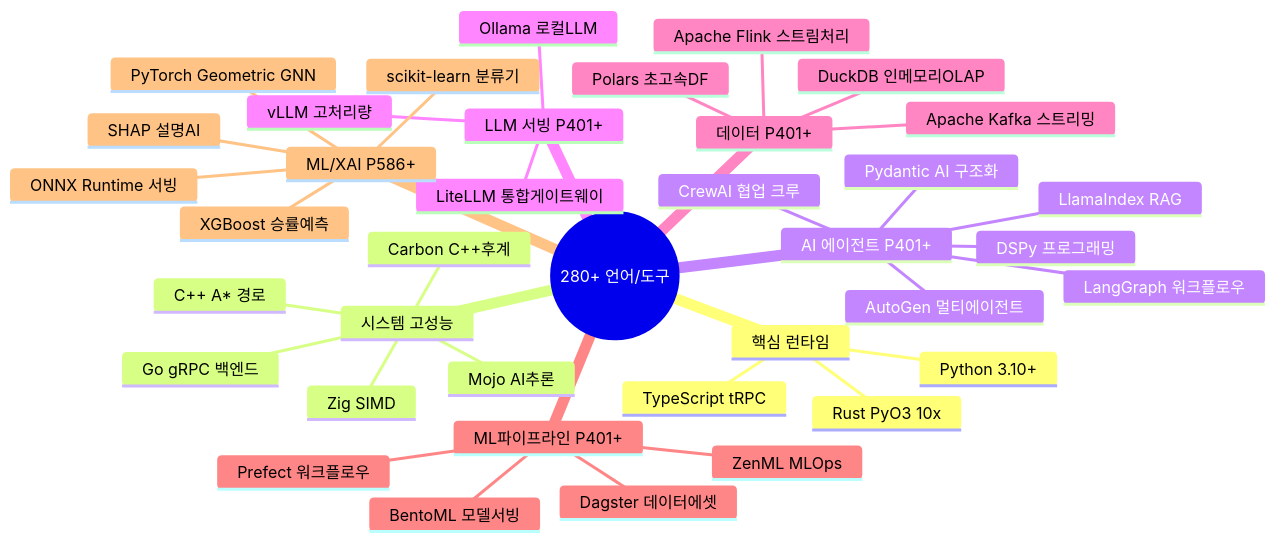
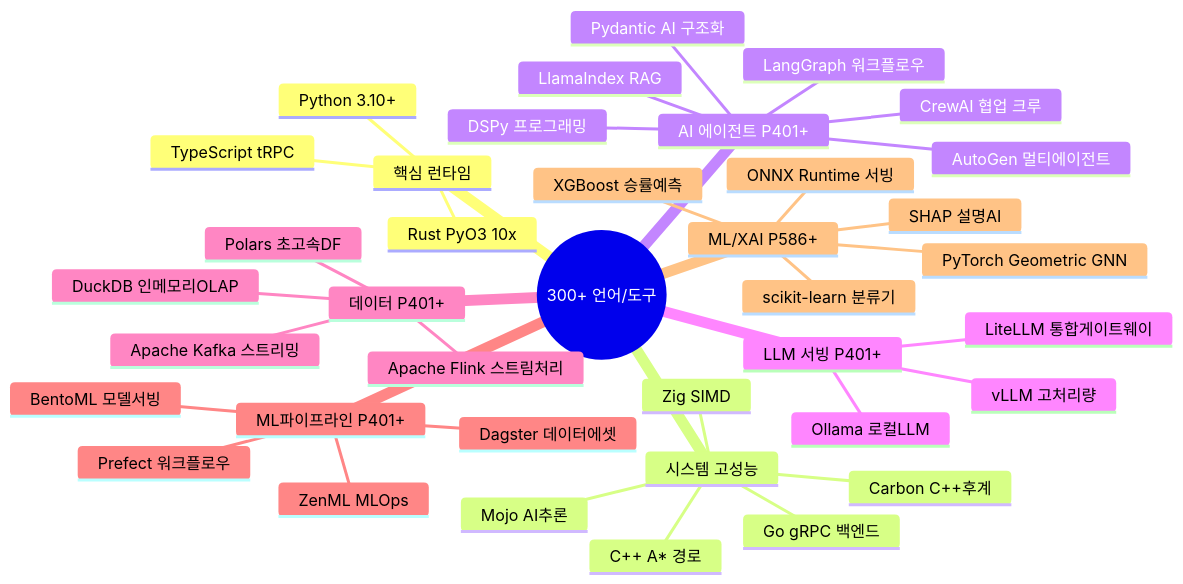
One commit to sun475300-sudo/Swarm-control-in-sc2bot changed the fifth of 27 diagrams in README.md. Above: the diagram before and after it, drawn with Mermaid. The commit also changed other lines of this file and 39 other files, not shown here.

````diff
--- a/README.md
+++ b/README.md
@@ -422,41 +428,41 @@
 ```mermaid
 mindmap
-    root((280+ 언어/도구))
+    root((300+ 언어/도구))
         핵심 런타임
             Python 3.10+
             Rust PyO3 10x
             TypeScript tRPC
         시스템 고성능
             C++ A* 경로
             Go gRPC 백엔드
             Zig SIMD
             Carbon C++후계
             Mojo AI추론
         AI 에이전트 P401+
             AutoGen 멀티에이전트
             CrewAI 협업 크루
             LangGraph 워크플로우
             DSPy 프로그래밍
             Pydantic AI 구조화
             LlamaIndex RAG
         LLM 서빙 P401+
             vLLM 고처리량
             Ollama 로컬LLM
             LiteLLM 통합게이트웨이
         데이터 P401+
             Polars 초고속DF
             DuckDB 인메모리OLAP
             Apache Kafka 스트리밍
             Apache Flink 스트림처리
         ML파이프라인 P401+
             Prefect 워크플로우
             Dagster 데이터에셋
             ZenML MLOps
             BentoML 모델서빙
         ML/XAI P586+
             scikit-learn 분류기
             XGBoost 승률예측
             SHAP 설명AI
             PyTorch Geometric GNN
             ONNX Runtime 서빙
 ```
````
